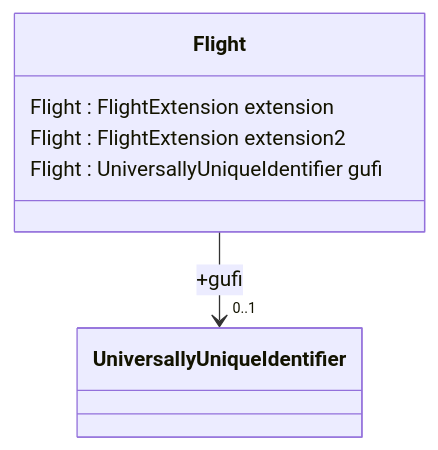
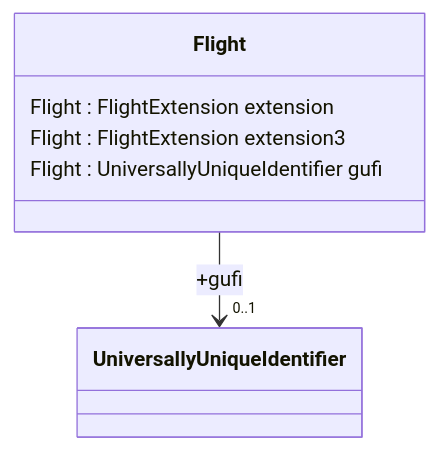
Before and after one commit to du-lapin/test_docsify: the second of 4 diagrams in docs/fixm/FIXM_UML_in_mermaid.md, drawn with Mermaid. The commit also changed other lines of this file, not shown here.

````diff
--- a/docs/fixm/FIXM_UML_in_mermaid.md
+++ b/docs/fixm/FIXM_UML_in_mermaid.md
@@ -24,9 +24,9 @@
 ```mermaid
 classDiagram
 class Flight{
 Flight : FlightExtension extension
-Flight : FlightExtension extension2
+Flight : FlightExtension extension3
 Flight : UniversallyUniqueIdentifier gufi
 }
 Flight --> "0..1"  UniversallyUniqueIdentifier : +gufi
 ```
````
